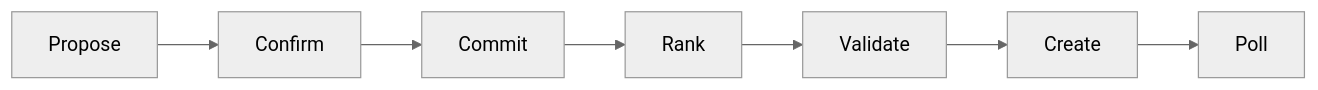
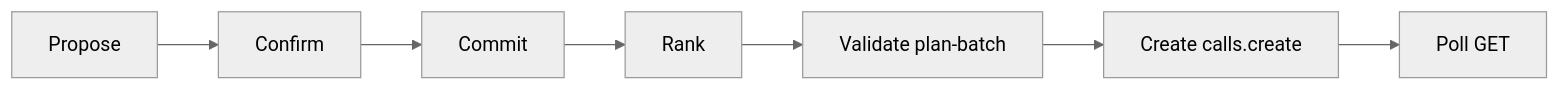
One commit to akrmcodes/daftar-call-e changed the second of 2 diagrams in docs/architecture/contest_architecture.md. Above: the diagram before and after it, drawn with Mermaid (neutral theme). The commit also changed other lines of this file and 3 other files, not shown here.

````diff
--- a/docs/architecture/contest_architecture.md
+++ b/docs/architecture/contest_architecture.md
@@ -72,11 +70,11 @@
 ```mermaid
 flowchart LR
   propose[Propose]
   confirm[Confirm]
   commit[Commit]
   rank[Rank]
-  validate[Validate]
-  createNode[Create]
-  pollNode[Poll]
+  validate["Validate plan-batch"]
+  createNode["Create calls.create"]
+  pollNode["Poll GET"]
   propose --> confirm --> commit --> rank --> validate --> createNode --> pollNode
 ```
````
